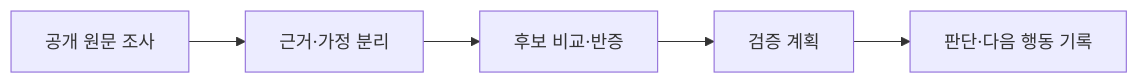
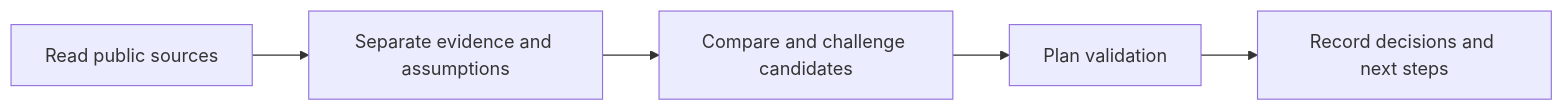
Before and after one commit to jameshui0228/data-analysis-portfolio: the diagram in projects/startup-intelligence.md, drawn with Mermaid. The commit also changed other lines of this file and 21 other files, not shown here.

````diff
--- a/projects/startup-intelligence.md
+++ b/projects/startup-intelligence.md
@@ -18,7 +22,7 @@
 ```mermaid
 flowchart LR
-  A[공개 원문 조사] --> B[근거·가정 분리]
-  B --> C[후보 비교·반증]
-  C --> D[검증 계획]
-  D --> E[판단·다음 행동 기록]
+  A[Read public sources] --> B[Separate evidence and assumptions]
+  B --> C[Compare and challenge candidates]
+  C --> D[Plan validation]
+  D --> E[Record decisions and next steps]
 ```
````
